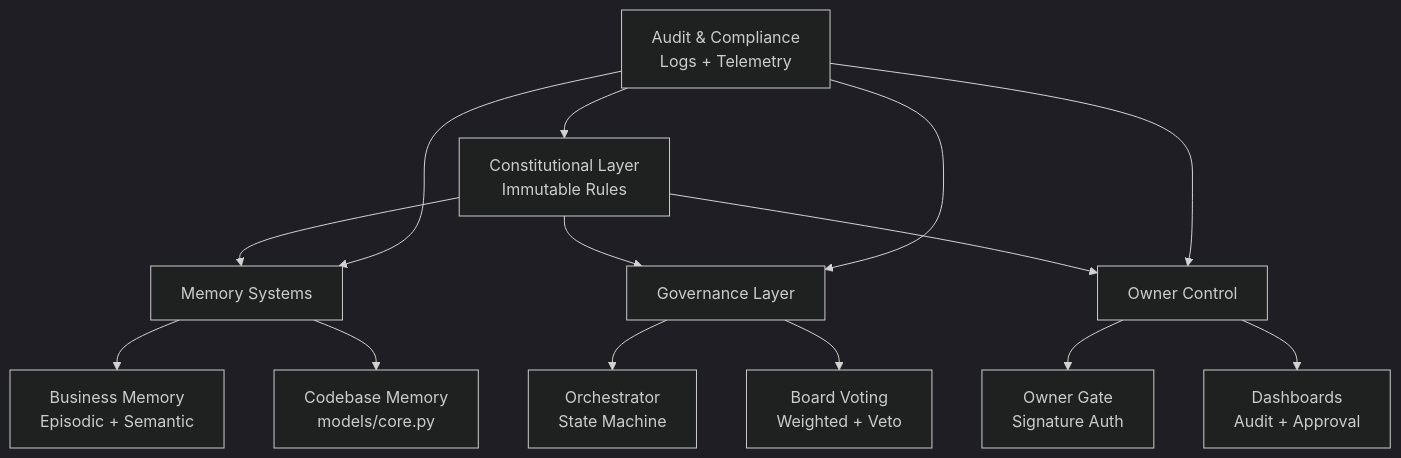
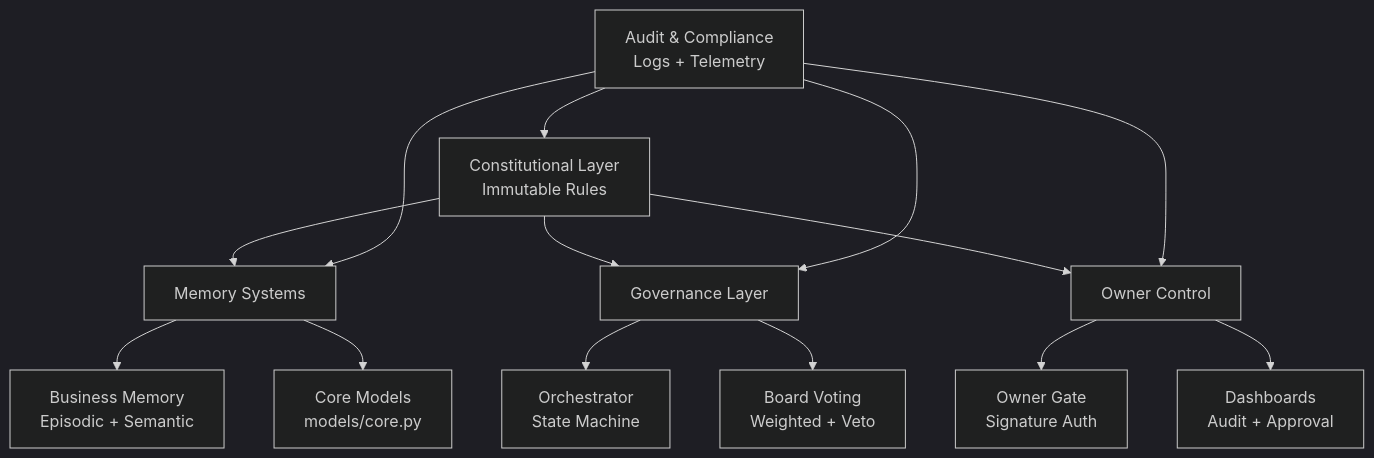
The diagram in docs/ARCHITECTURE.md (Eeeks11/AI_Buiness_V2), drawn with Mermaid (dark theme) before and after one commit. The commit also changed other lines of this file and 46 other files, not shown here.

````diff
--- a/docs/ARCHITECTURE.md
+++ b/docs/ARCHITECTURE.md
@@ -7,20 +7,20 @@
 ```mermaid
 graph TD
     A[Constitutional Layer<br/>Immutable Rules] --> B[Memory Systems]
     A --> C[Governance Layer]
     A --> D[Owner Control]
 
     B --> E[Business Memory<br/>Episodic + Semantic]
-    B --> F[Codebase Memory<br/>models/core.py]
+    B --> F[Core Models<br/>models/core.py]
 
     C --> G[Orchestrator<br/>State Machine]
     C --> H[Board Voting<br/>Weighted + Veto]
 
     D --> I[Owner Gate<br/>Signature Auth]
     D --> J[Dashboards<br/>Audit + Approval]
 
     K[Audit & Compliance<br/>Logs + Telemetry] --> A
     K --> B
     K --> C
     K --> D
 ```
````
